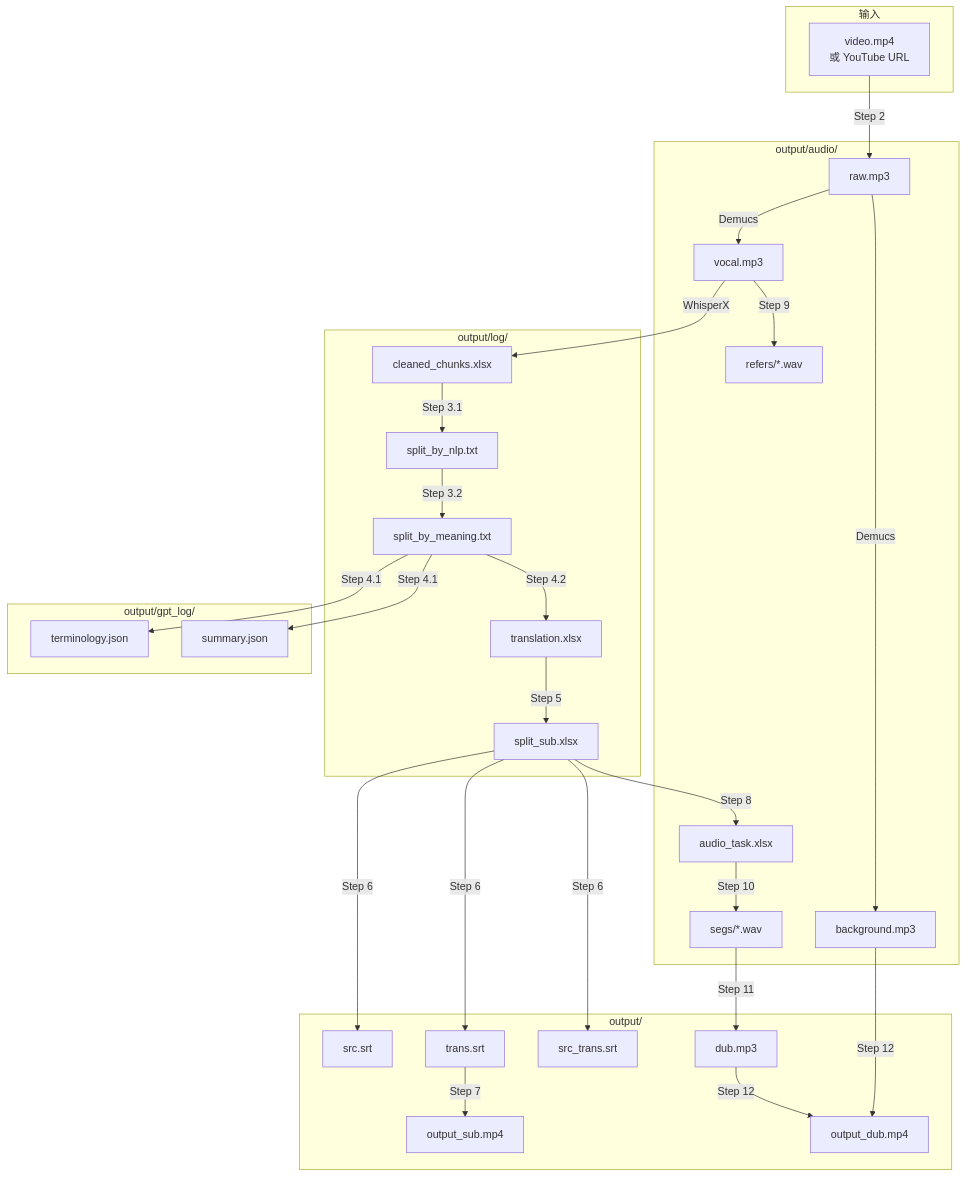
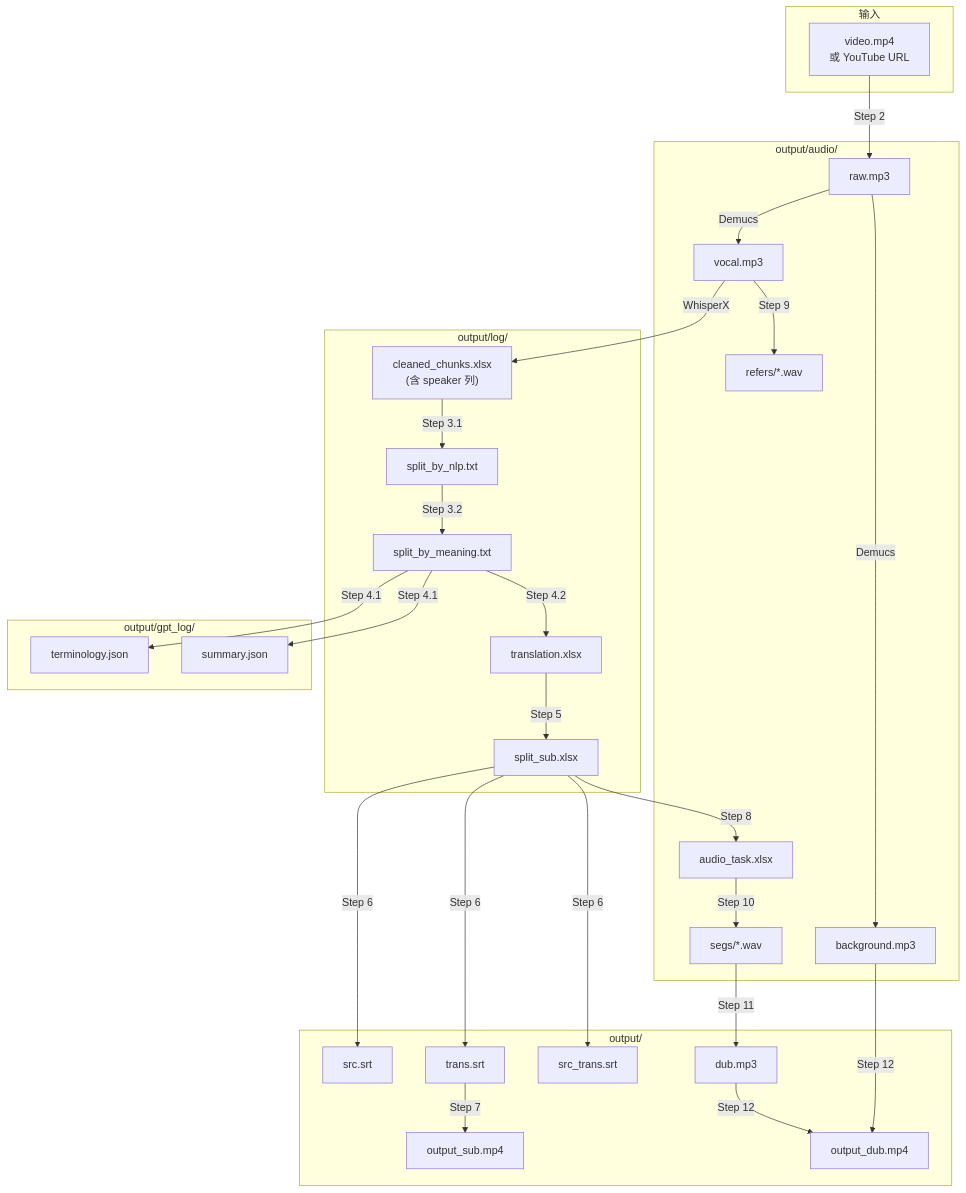
Before and after one commit to NuoManDai/VedioAITranslateSub: diagram 16 of 19 in docs/ARCHITECTURE.md, drawn with Mermaid. The commit also changed other lines of this file and 45 other files, not shown here.

````diff
--- a/docs/ARCHITECTURE.md
+++ b/docs/ARCHITECTURE.md
@@ -595,58 +990,58 @@
 ```mermaid
 flowchart TD
     subgraph Input["输入"]
         V["video.mp4<br/>或 YouTube URL"]
     end
     
     subgraph Audio["output/audio/"]
         A1["raw.mp3"]
         A2["vocal.mp3"]
         A3["background.mp3"]
         A4["refers/*.wav"]
         A5["segs/*.wav"]
         A6["audio_task.xlsx"]
     end
     
     subgraph Log["output/log/"]
-        L1["cleaned_chunks.xlsx"]
+        L1["cleaned_chunks.xlsx<br/>(含 speaker 列)"]
         L2["split_by_nlp.txt"]
         L3["split_by_meaning.txt"]
         L4["translation.xlsx"]
         L5["split_sub.xlsx"]
     end
     
     subgraph GPTLog["output/gpt_log/"]
         G1["terminology.json"]
         G2["summary.json"]
     end
     
     subgraph Final["output/"]
         F1["src.srt"]
         F2["trans.srt"]
         F3["src_trans.srt"]
         F4["dub.mp3"]
         F5["output_sub.mp4"]
         F6["output_dub.mp4"]
     end
     
     V -->|Step 2| A1
     A1 -->|Demucs| A2
     A1 -->|Demucs| A3
     A2 -->|WhisperX| L1
     L1 -->|Step 3.1| L2
     L2 -->|Step 3.2| L3
     L3 -->|Step 4.1| G1
     L3 -->|Step 4.1| G2
     L3 -->|Step 4.2| L4
     L4 -->|Step 5| L5
     L5 -->|Step 6| F1
     L5 -->|Step 6| F2
     L5 -->|Step 6| F3
     F2 -->|Step 7| F5
     L5 -->|Step 8| A6
     A2 -->|Step 9| A4
     A6 -->|Step 10| A5
     A5 -->|Step 11| F4
     F4 -->|Step 12| F6
     A3 -->|Step 12| F6
 ```
````
